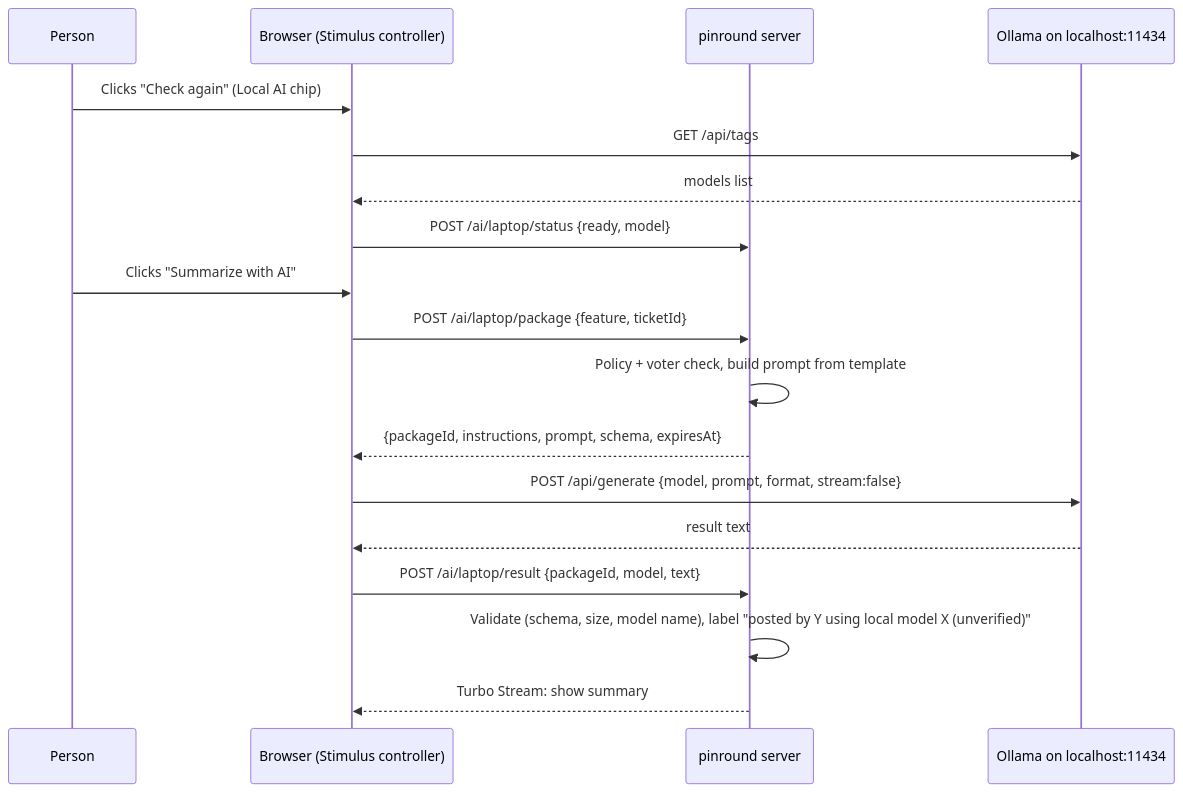
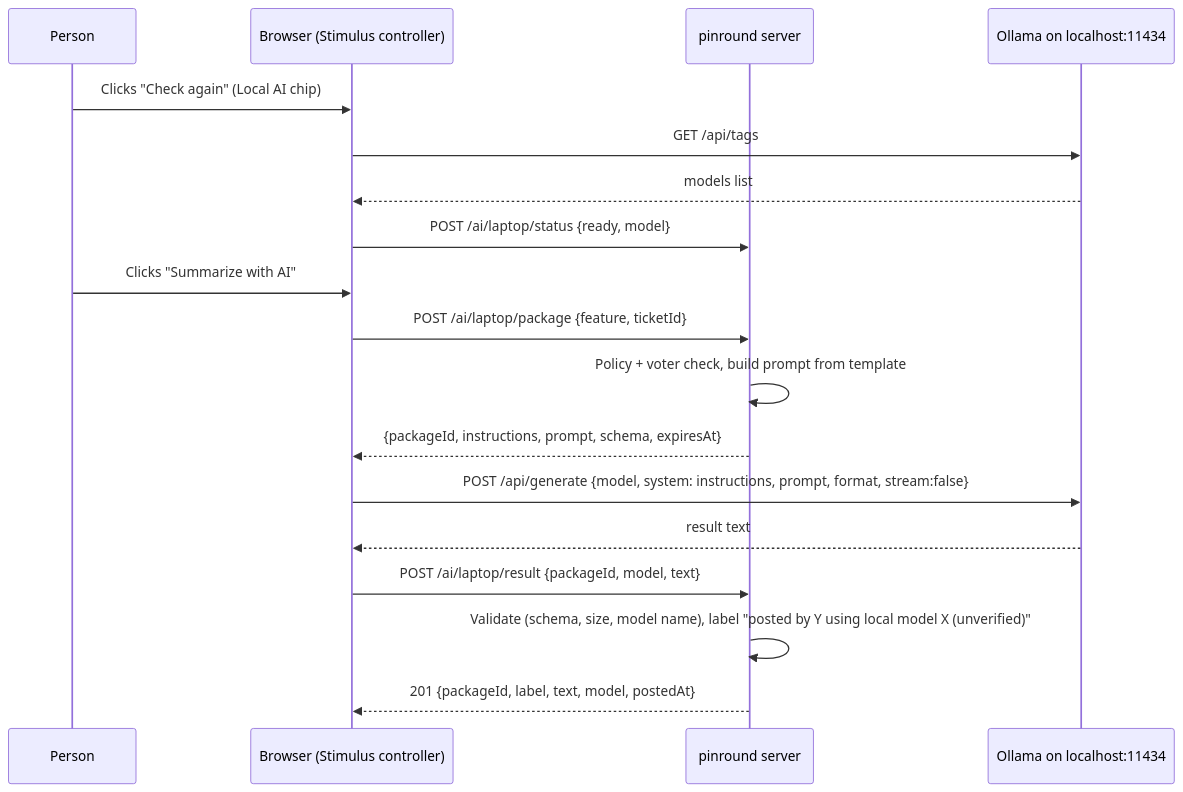
One commit to Mir-Zairan/pinround-symfony changed the third of 3 diagrams in docs/02-architecture/ai-architecture.md. Above: the diagram before and after it, drawn with Mermaid. The commit also changed 2 other files, not shown here.

Commit message:
Show the laptop protocol's system field and 201 answer, and list P08.T9's limiter files
The diagram now sends the package's instructions as Ollama's system and answers the result with its JSON, as the routes do. P08.T9 lists the refusal statuses, the limiter port, adapter and config, and notes that a removed member is sent to the picker before the routes. The limiter comment says what it bounds: 30 refused-result audit entries a minute per person.

````diff
--- a/docs/02-architecture/ai-architecture.md
+++ b/docs/02-architecture/ai-architecture.md
@@ -232,20 +232,20 @@
 ```mermaid
 sequenceDiagram
   participant U as Person
   participant B as Browser (Stimulus controller)
   participant P as pinround server
   participant O as Ollama on localhost:11434
   U->>B: Clicks "Check again" (Local AI chip)
   B->>O: GET /api/tags
   O-->>B: models list
   B->>P: POST /ai/laptop/status {ready, model}
   U->>B: Clicks "Summarize with AI"
   B->>P: POST /ai/laptop/package {feature, ticketId}
   P->>P: Policy + voter check, build prompt from template
   P-->>B: {packageId, instructions, prompt, schema, expiresAt}
-  B->>O: POST /api/generate {model, prompt, format, stream:false}
+  B->>O: POST /api/generate {model, system: instructions, prompt, format, stream:false}
   O-->>B: result text
   B->>P: POST /ai/laptop/result {packageId, model, text}
   P->>P: Validate (schema, size, model name), label "posted by Y using local model X (unverified)"
-  P-->>B: Turbo Stream: show summary
+  P-->>B: 201 {packageId, label, text, model, postedAt}
 ```
````
